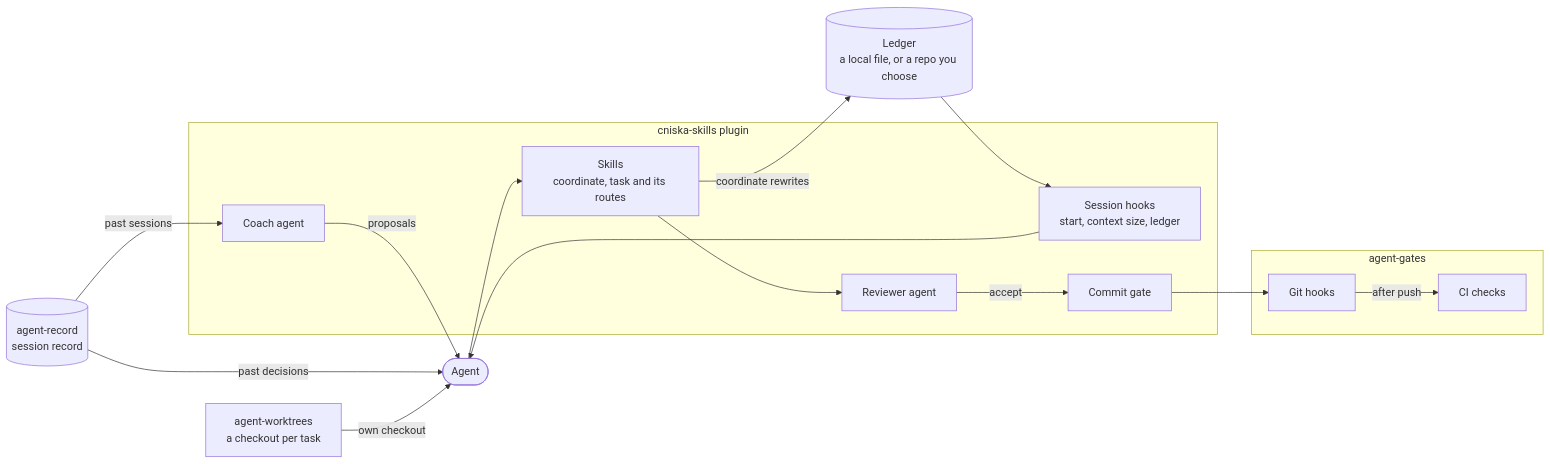
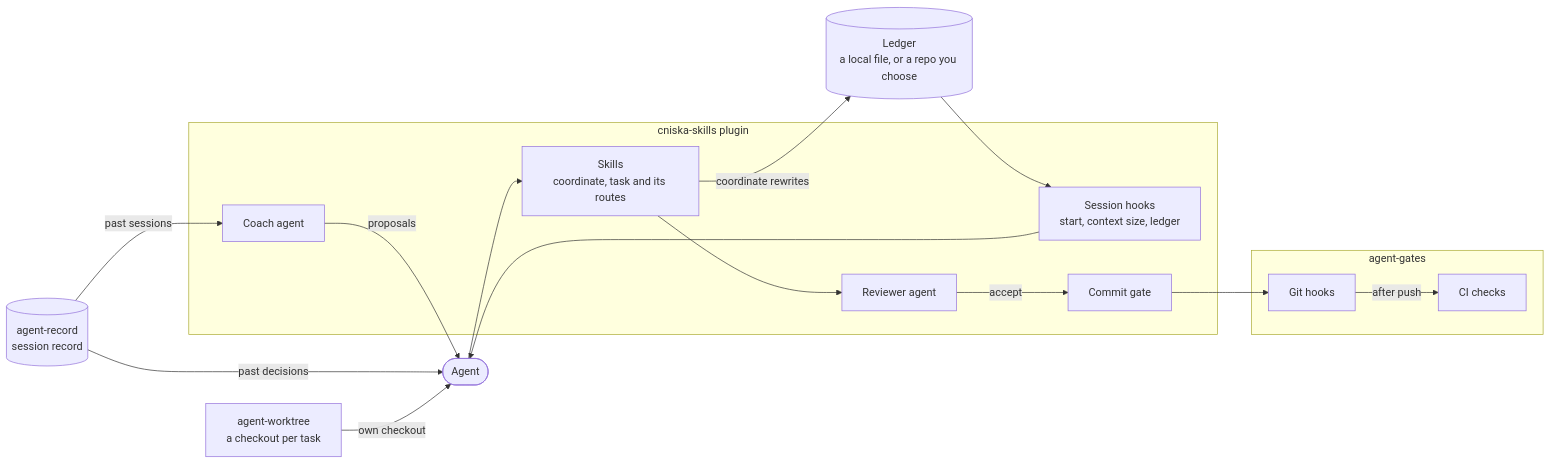
Before and after one commit to cniska/agent-skills: the second of 3 diagrams in README.md, drawn with Mermaid. The commit also changed other lines of this file and 1 other file, not shown here.

Commit message:
chore: rename agent-worktrees to agent-worktree

````diff
--- a/README.md
+++ b/README.md
@@ -160,30 +160,30 @@
 ```mermaid
 flowchart LR
   rec[("agent-record<br/>session record")]
-  wt["agent-worktrees<br/>a checkout per task"]
+  wt["agent-worktree<br/>a checkout per task"]
   ledger[("Ledger<br/>a local file, or a repo you choose")]
   agent(["Agent"])
   subgraph S["cniska-skills plugin"]
     hook["Session hooks<br/>start, context size, ledger"]
     skills["Skills<br/>coordinate, task and its routes"]
     rev["Reviewer agent"]
     gate["Commit gate"]
     coach["Coach agent"]
   end
   subgraph G["agent-gates"]
     hooks["Git hooks"]
     ci["CI checks"]
   end
   ledger --> hook
   hook --> agent
   rec -- "past decisions" --> agent
   wt -- "own checkout" --> agent
   agent --> skills
   skills -- "coordinate rewrites" --> ledger
   skills --> rev
   rev -- "accept" --> gate
   gate --> hooks
   hooks -- "after push" --> ci
   rec -- "past sessions" --> coach
   coach -- "proposals" --> agent
 ```
````
